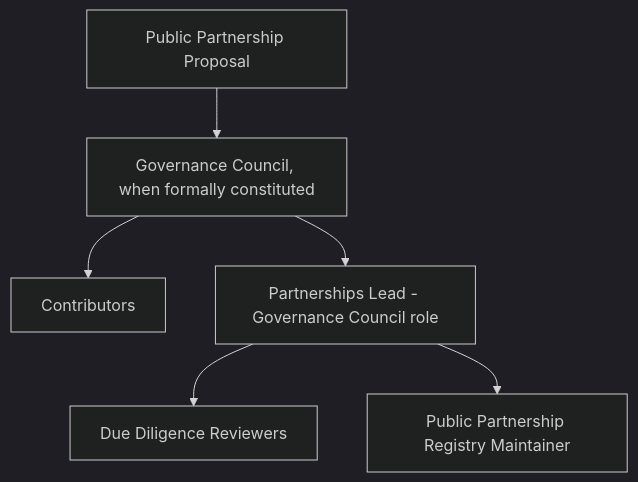
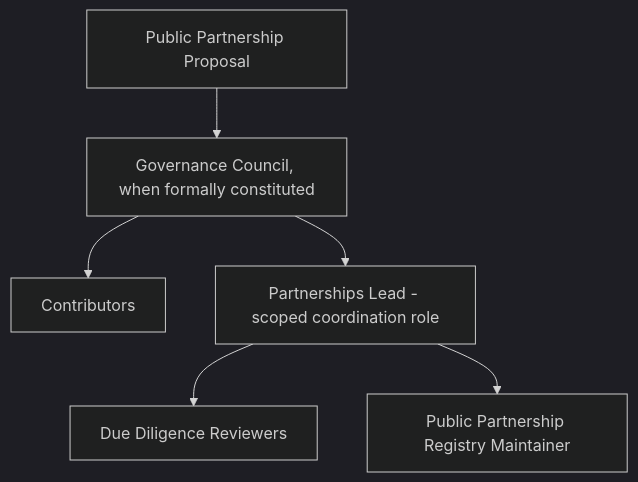
One commit to Celo-HaiTi/CeloHT changed the fourth of 6 diagrams in PARTNERSHIPS.md. Above: the diagram before and after it, drawn with Mermaid (dark theme). The commit also changed other lines of this file and 2 other files, not shown here.

Commit message:
docs: align governance authority wording

````diff
--- a/PARTNERSHIPS.md
+++ b/PARTNERSHIPS.md
@@ -370,8 +370,8 @@
 ```mermaid
 flowchart TD
     PP[Public Partnership Proposal] --> MC[Governance Council, when formally constituted]
     MC --> CC[Contributors]
-    MC --> PL[Partnerships Lead - Governance Council role]
+    MC --> PL[Partnerships Lead - scoped coordination role]
     PL --> DD[Due Diligence Reviewers]
     PL --> REG[Public Partnership Registry Maintainer]
 ```
````
